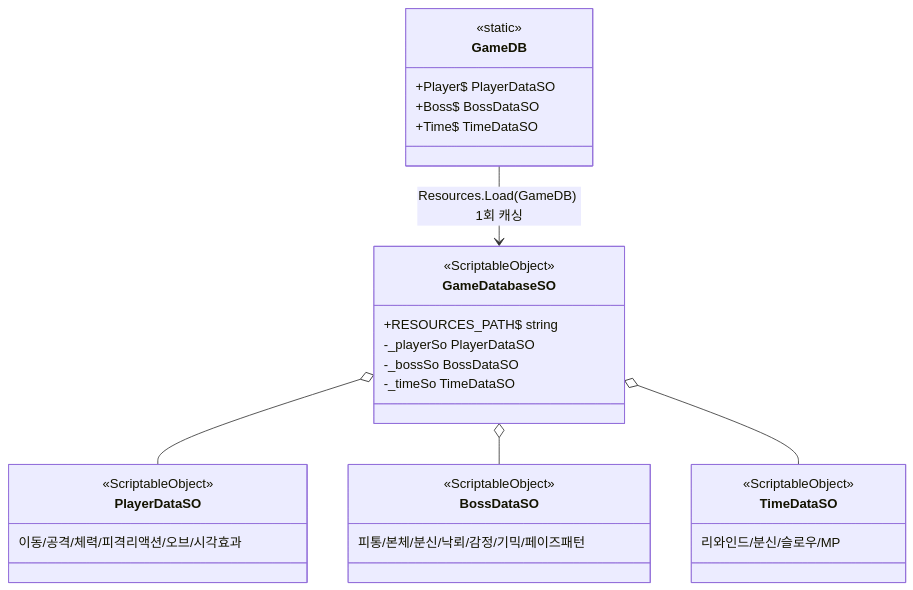
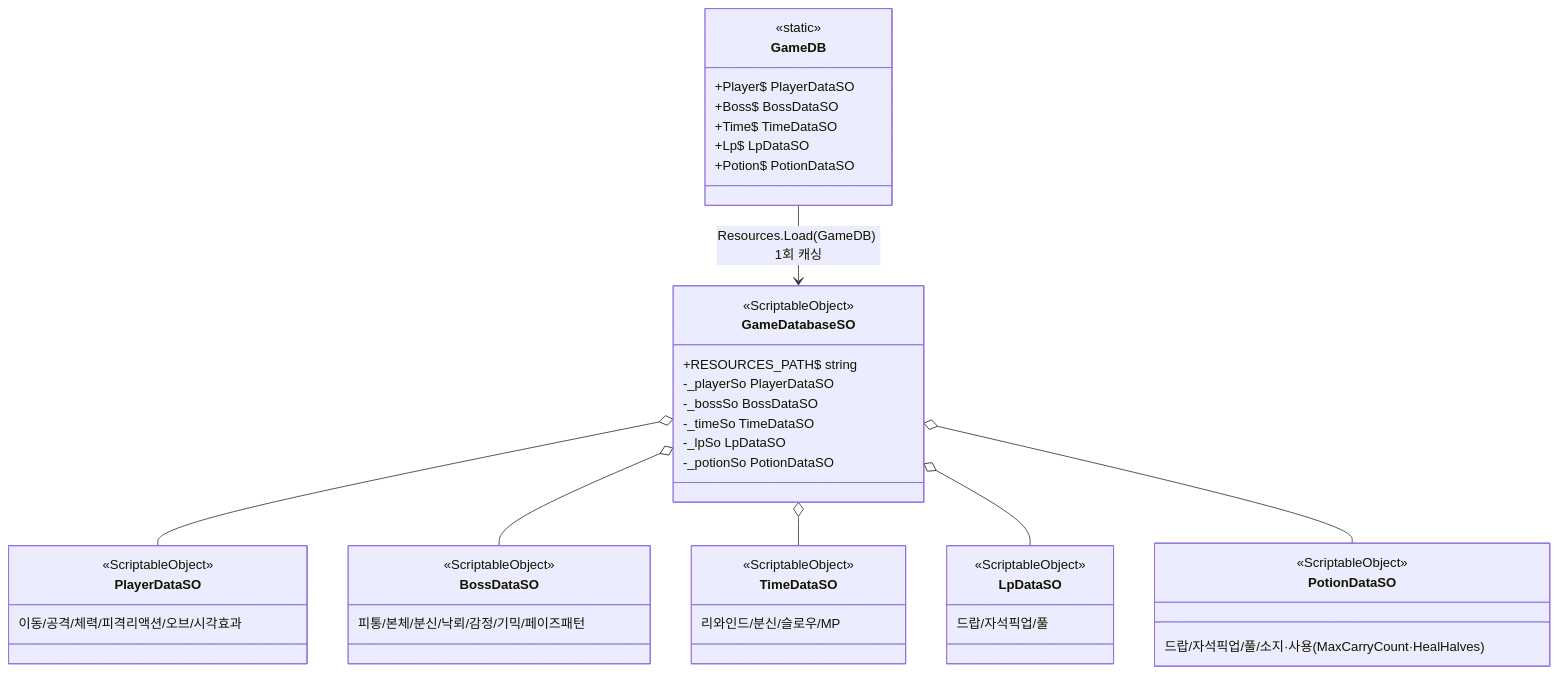
One commit to inha-2026-gamedevelop/sheepy changed the seventh of 10 diagrams in claude/UML.md. Above: the diagram before and after it, drawn with Mermaid. The commit also changed other lines of this file and 88 other files, not shown here.

````diff
--- a/claude/UML.md
+++ b/claude/UML.md
@@ -530,33 +577,47 @@
 ```mermaid
 classDiagram
     class GameDB {
         <<static>>
         +Player$ PlayerDataSO
         +Boss$ BossDataSO
         +Time$ TimeDataSO
+        +Lp$ LpDataSO
+        +Potion$ PotionDataSO
     }
     class GameDatabaseSO {
         <<ScriptableObject>>
         +RESOURCES_PATH$ string
         -_playerSo PlayerDataSO
         -_bossSo BossDataSO
         -_timeSo TimeDataSO
+        -_lpSo LpDataSO
+        -_potionSo PotionDataSO
     }
     class PlayerDataSO {
         <<ScriptableObject>>
         이동/공격/체력/피격리액션/오브/시각효과
     }
     class BossDataSO {
         <<ScriptableObject>>
         피통/본체/분신/낙뢰/감정/기믹/페이즈패턴
     }
     class TimeDataSO {
         <<ScriptableObject>>
         리와인드/분신/슬로우/MP
     }
+    class LpDataSO {
+        <<ScriptableObject>>
+        드랍/자석픽업/풀
+    }
+    class PotionDataSO {
+        <<ScriptableObject>>
+        드랍/자석픽업/풀/소지·사용(MaxCarryCount·HealHalves)
+    }
 
     GameDB --> GameDatabaseSO : Resources.Load(GameDB) 1회 캐싱
     GameDatabaseSO o-- PlayerDataSO
     GameDatabaseSO o-- BossDataSO
     GameDatabaseSO o-- TimeDataSO
+    GameDatabaseSO o-- LpDataSO
+    GameDatabaseSO o-- PotionDataSO
 ```
````
